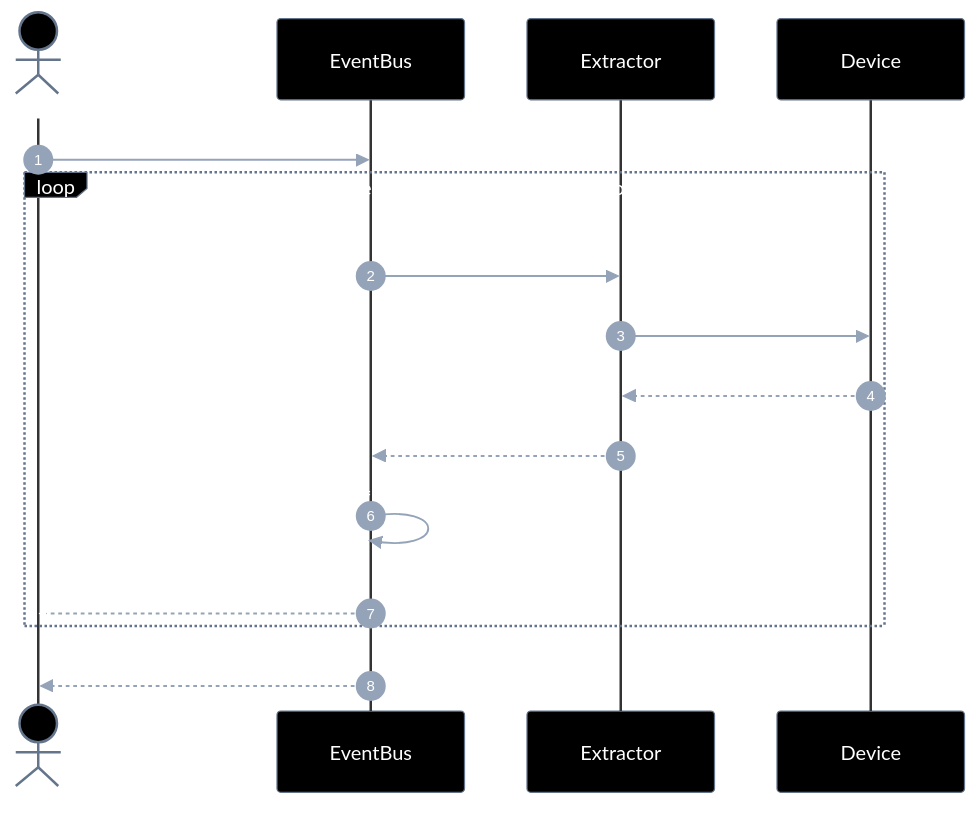
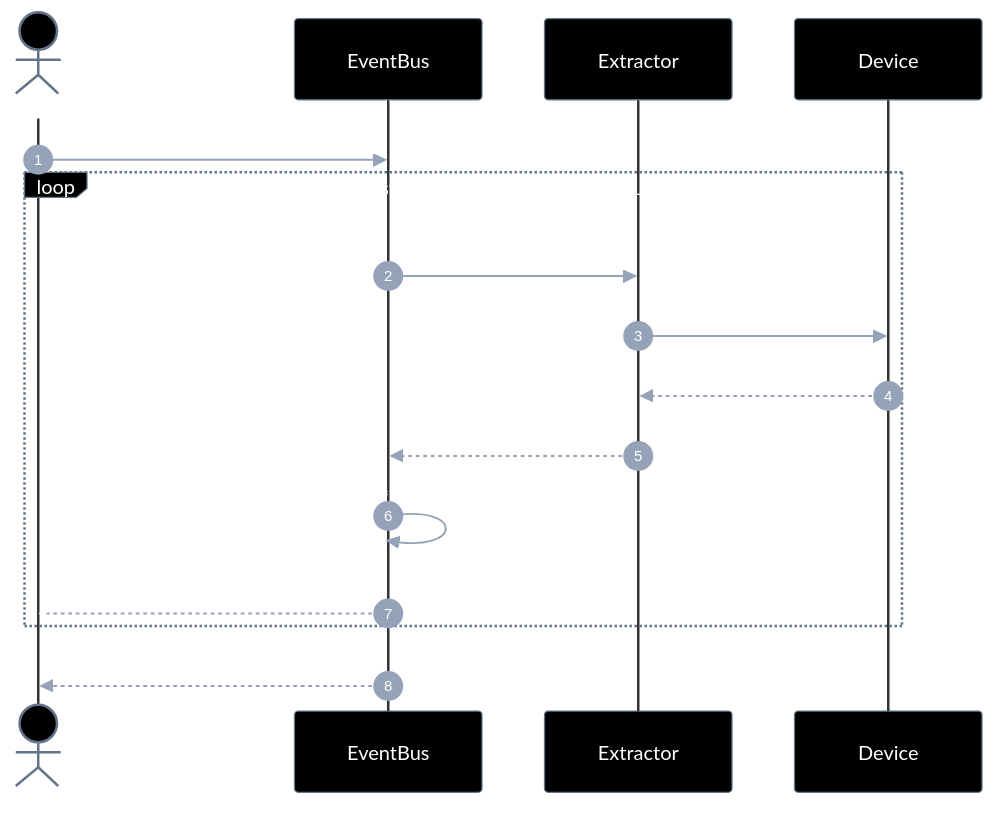
One commit to laerciogermano/workstation changed the third of 5 diagrams in connectmax/screen-robot/implementation-plan/EP-02-eventos-de-ui.md. Above: the diagram before and after it, drawn with Mermaid. The commit also changed other lines of this file and 2 other files, not shown here.

Commit message:
Troca waitFor* por on(evento) nos planos de eventos de UI.

````diff
--- a/connectmax/screen-robot/implementation-plan/EP-02-eventos-de-ui.md
+++ b/connectmax/screen-robot/implementation-plan/EP-02-eventos-de-ui.md
@@ -228,60 +228,60 @@
 ```mermaid
 ---
 config:
   theme: base
   themeVariables:
     darkMode: true
     background: '#000000'
     primaryColor: '#000000'
     primaryTextColor: '#ffffff'
     primaryBorderColor: '#64748b'
     secondaryColor: '#000000'
     secondaryTextColor: '#ffffff'
     secondaryBorderColor: '#64748b'
     tertiaryColor: '#000000'
     tertiaryTextColor: '#ffffff'
     tertiaryBorderColor: '#64748b'
     lineColor: '#64748b'
     textColor: '#ffffff'
     mainBkg: '#000000'
     nodeBorder: '#64748b'
     clusterBkg: '#000000'
     clusterBorder: '#333333'
     titleColor: '#ffffff'
     edgeLabelBackground: '#000000'
     actorBkg: '#000000'
     actorBorder: '#64748b'
     actorTextColor: '#ffffff'
     actorLineColor: '#333333'
     signalColor: '#94a3b8'
     signalTextColor: '#ffffff'
     labelBoxBkgColor: '#000000'
     labelBoxBorderColor: '#64748b'
     labelTextColor: '#ffffff'
     loopTextColor: '#ffffff'
     noteBorderColor: '#64748b'
     noteBkgColor: '#111111'
     noteTextColor: '#ffffff'
     activationBorderColor: '#64748b'
     activationBkgColor: '#1a1a1a'
     sequenceNumberColor: '#ffffff'
     classText: '#ffffff'
 ---
 sequenceDiagram
   autonumber
   actor Dev as Caller
   participant E as EventBus
   participant X as Extractor
   participant D as Device
 
-  Dev->>E: waitForUiStable(serial, opts)
+  Dev->>E: on("ui_stable", { serial, ...opts })
   loop até estável por stableMs ou timeout
     E->>X: dumpUiXml(serial)
     X->>D: uiautomator dump
     D-->>X: xml
     X-->>E: xml
     E->>E: hash(xml) == previous?
-    E--)Dev: onEvent(type ui_stable_poll)
+    E--)Dev: on("ui_stable_poll", payload)
   end
-  E-->>Dev: { stable: true }
+  E-->>Dev: on("ui_stable", { stable: true })
 ```
````
